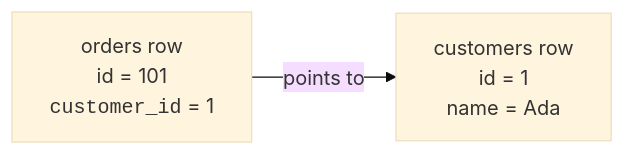
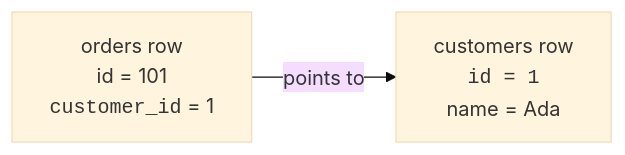
One commit to dataslope/dataslope changed the second of 4 diagrams in content/learn/sqlite-for-beginners/foreign-keys.mdx. Above: the diagram before and after it, drawn with Mermaid (base theme). The commit also changed other lines of this file and 100 other files, not shown here.

First line of the commit message:
Wrap more code in diagram labels: filenames, hex, assignments, subgraph titles

````diff
--- a/content/learn/sqlite-for-beginners/foreign-keys.mdx
+++ b/content/learn/sqlite-for-beginners/foreign-keys.mdx
@@ -28,4 +28,4 @@
 ```mermaid
 flowchart LR
-    O["orders row<br/>id = 101<br/><code>customer_id</code> = 1"] -->|"points to"| C["customers row<br/>id = 1<br/>name = Ada"]
+    O["orders row<br/>id = 101<br/><code>customer_id</code> = 1"] -->|"points to"| C["customers row<br/><code>id = 1</code><br/>name = Ada"]
 ```
````
